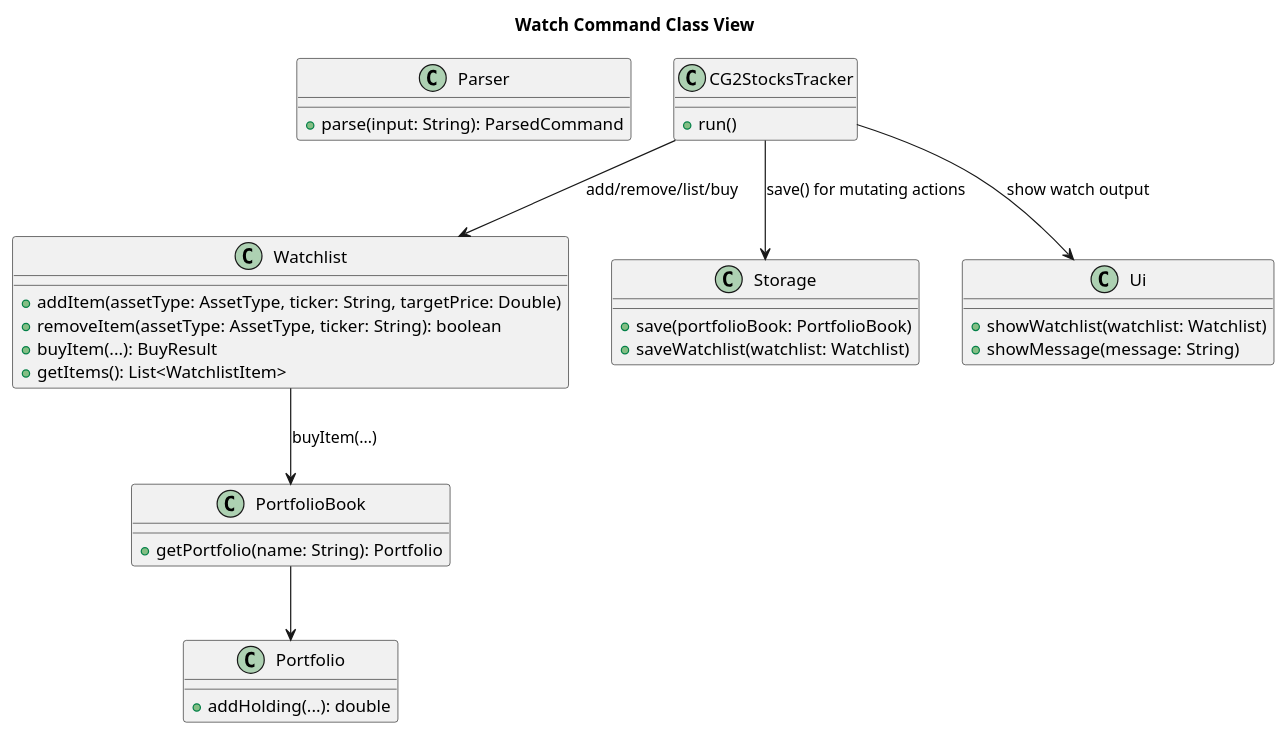
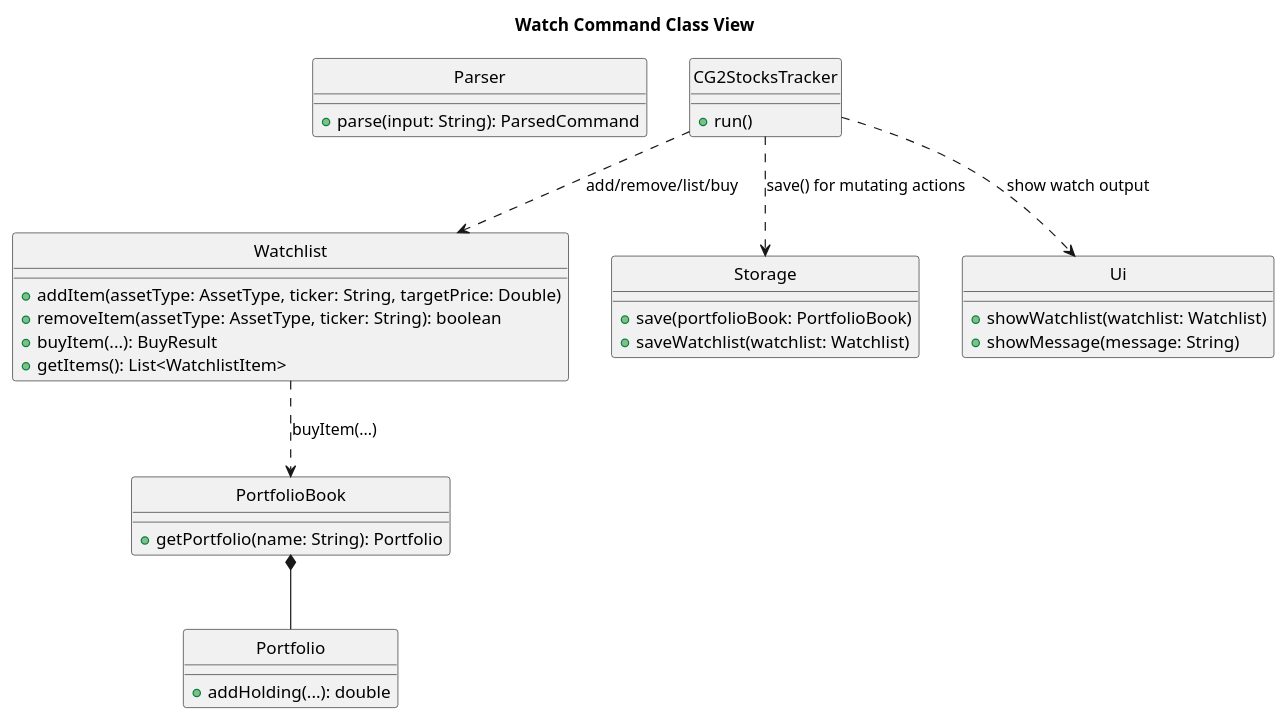
Before and after one commit to zenweilow/tp: the diagram in docs/diagrams/UML/watch-command-class.puml, drawn with PlantUML. The commit also changed 26 other files, not shown here.

Commit message:
Fix colon in sequence diagrams, C in class diagrams

```diff
--- a/docs/diagrams/UML/watch-command-class.puml
+++ b/docs/diagrams/UML/watch-command-class.puml
@@ -1,42 +1,43 @@
 @startuml
 title Watch Command Class View
+hide circle
 
 class Parser {
   + parse(input: String): ParsedCommand
 }
 
 class CG2StocksTracker {
   + run()
 }
 
 class Watchlist {
   + addItem(assetType: AssetType, ticker: String, targetPrice: Double)
   + removeItem(assetType: AssetType, ticker: String): boolean
   + buyItem(...): BuyResult
   + getItems(): List<WatchlistItem>
 }
 
 class PortfolioBook {
   + getPortfolio(name: String): Portfolio
 }
 
 class Portfolio {
   + addHolding(...): double
 }
 
 class Storage {
   + save(portfolioBook: PortfolioBook)
   + saveWatchlist(watchlist: Watchlist)
 }
 
 class Ui {
   + showWatchlist(watchlist: Watchlist)
   + showMessage(message: String)
 }
 
-CG2StocksTracker --> Watchlist : add/remove/list/buy
-Watchlist --> PortfolioBook : buyItem(...)
-PortfolioBook --> Portfolio
-CG2StocksTracker --> Storage : save() for mutating actions
-CG2StocksTracker --> Ui : show watch output
+CG2StocksTracker ..> Watchlist : add/remove/list/buy
+Watchlist ..> PortfolioBook : buyItem(...)
+PortfolioBook *-- Portfolio
+CG2StocksTracker ..> Storage : save() for mutating actions
+CG2StocksTracker ..> Ui : show watch output
 @enduml
```
